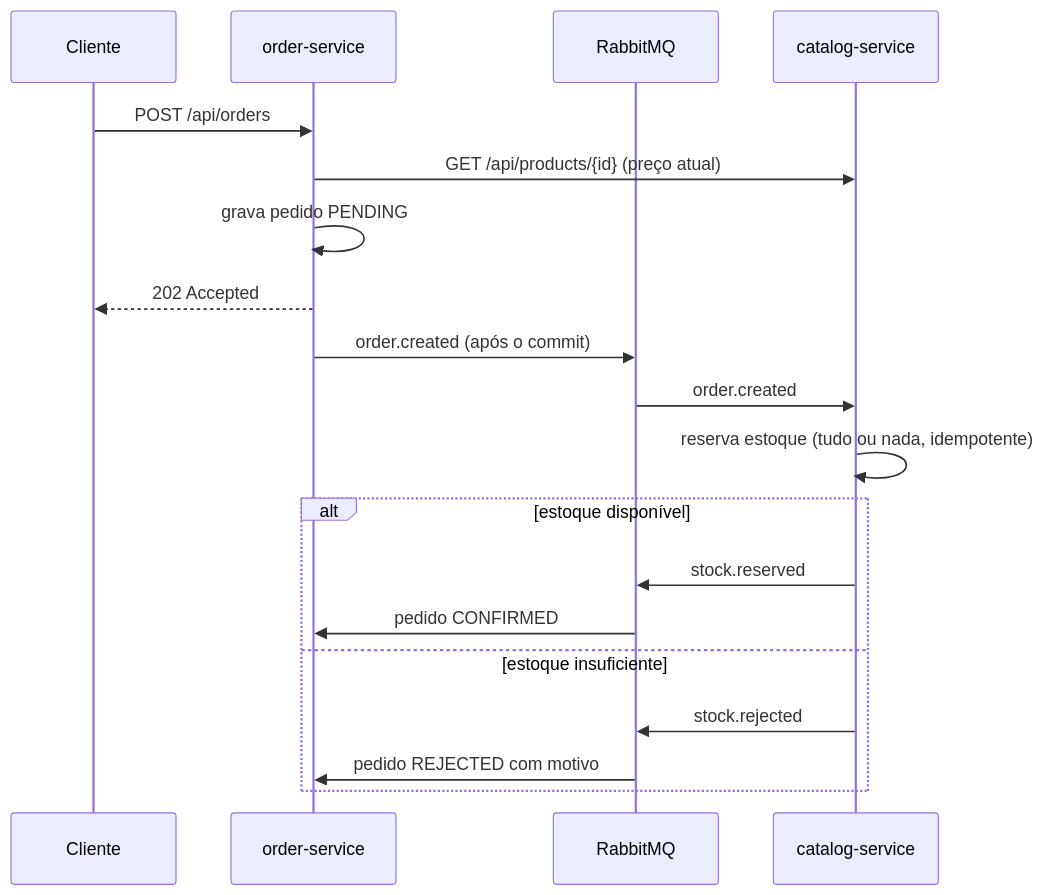
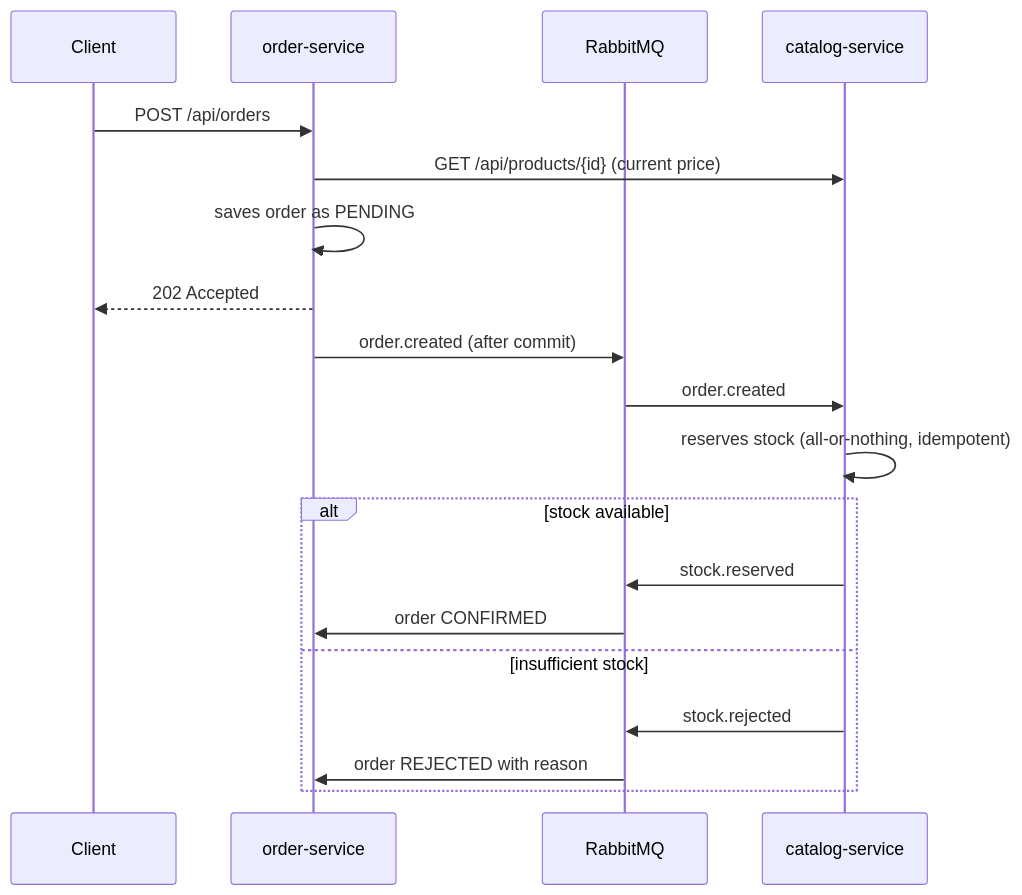
Before and after one commit to AndreSouzaTI/ecommerce-microservices: the second of 2 diagrams in README.md, drawn with Mermaid. The commit also changed other lines of this file, not shown here.

````diff
--- a/README.md
+++ b/README.md
@@ -33,21 +33,21 @@
 ```mermaid
 sequenceDiagram
-    participant C as Cliente
+    participant C as Client
     participant O as order-service
     participant MQ as RabbitMQ
     participant K as catalog-service
     C->>O: POST /api/orders
-    O->>K: GET /api/products/{id} (preço atual)
-    O->>O: grava pedido PENDING
+    O->>K: GET /api/products/{id} (current price)
+    O->>O: saves order as PENDING
     O-->>C: 202 Accepted
-    O->>MQ: order.created (após o commit)
+    O->>MQ: order.created (after commit)
     MQ->>K: order.created
-    K->>K: reserva estoque (tudo ou nada, idempotente)
-    alt estoque disponível
+    K->>K: reserves stock (all-or-nothing, idempotent)
+    alt stock available
         K->>MQ: stock.reserved
-        MQ->>O: pedido CONFIRMED
-    else estoque insuficiente
+        MQ->>O: order CONFIRMED
+    else insufficient stock
         K->>MQ: stock.rejected
-        MQ->>O: pedido REJECTED com motivo
+        MQ->>O: order REJECTED with reason
     end
 ```
````
